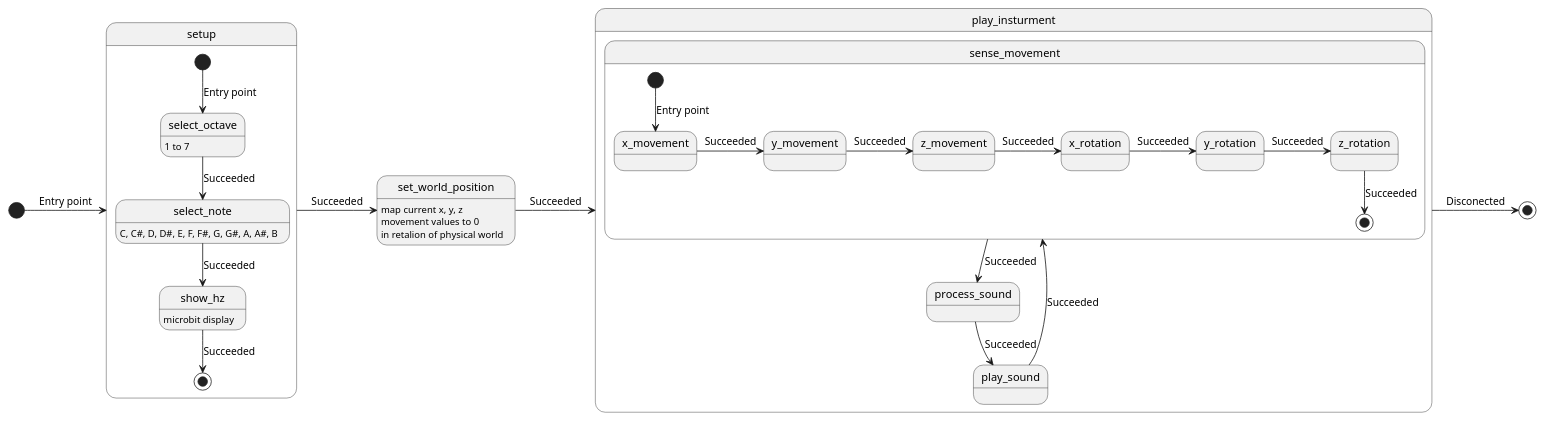
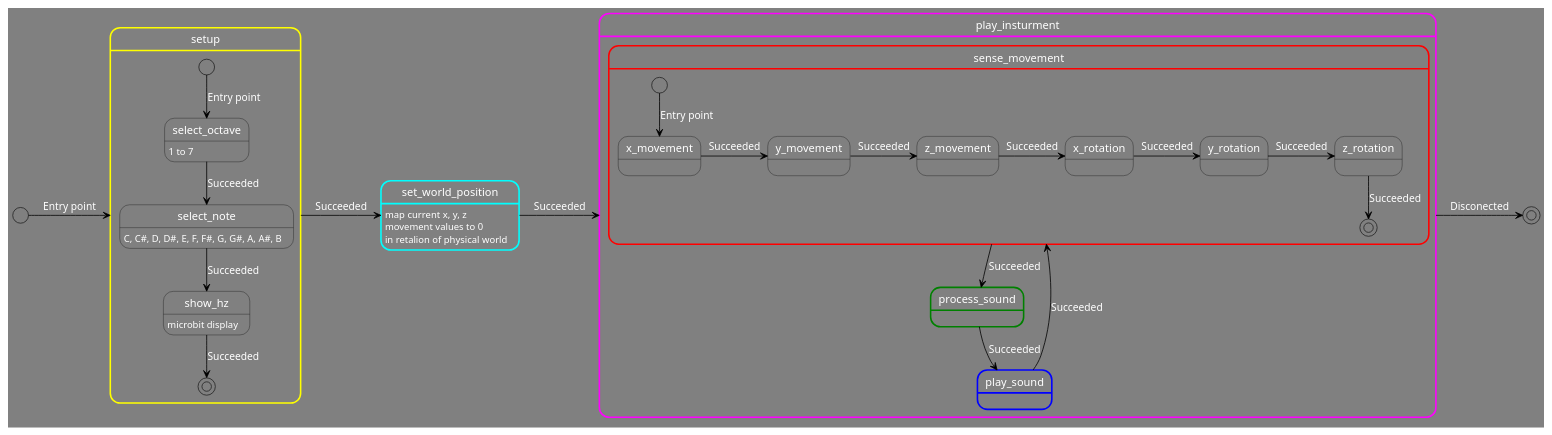
Before and after one commit to jfUPB/bitacorassfi12024-10-LemurWater: the diagram in Unidad3/state_machine.puml, drawn with PlantUML.

```diff
--- a/Unidad3/state_machine.puml
+++ b/Unidad3/state_machine.puml
@@ -1,45 +1,69 @@
 @startuml
 
 scale 1920 width
 
+<style>
+stateDiagram {
+  BackgroundColor grey
+  'LineColor white
+  FontName Impact
+  FontColor white
+  arrow {
+    FontSize 13
+    LineColor black
+  }
+}
+</style>
+
+
+
 [*] -> setup : Entry point
 
-state setup {
+state setup ##[bold]yellow {
  [*] --> select_octave : Entry point
  select_octave: 1 to 7
  select_octave --> select_note : Succeeded
  select_note: C, C#, D, D#, E, F, F#, G, G#, A, A#, B
  select_note --> show_hz : Succeeded
  show_hz: microbit display
  show_hz --> [*] : Succeeded
 }
 setup -> set_world_position : Succeeded
 
 
-state set_world_position {
+state set_world_position ##[bold]cyan {
  set_world_position: map current x, y, z
  set_world_position: movement values to 0
  set_world_position: in retalion of physical world
 }
 set_world_position -> play_insturment : Succeeded
 
 
 
-state play_insturment {
- state sense_movement {
+state play_insturment ##[bold]magenta {
+ state sense_movement ##[bold]red {
   [*] --> x_movement : Entry point
   x_movement -> y_movement: Succeeded
   y_movement -> z_movement: Succeeded
   z_movement -> x_rotation: Succeeded
   x_rotation -> y_rotation: Succeeded
   y_rotation -> z_rotation: Succeeded
   z_rotation --> [*]: Succeeded
  }
  sense_movement --> process_sound : Succeeded
+ 
+
+state process_sound ##[bold]green {
+ }
  process_sound --> play_sound : Succeeded
+ 
+
+
+state play_sound ##[bold]blue {
+ }
  play_sound --> sense_movement: Succeeded
 }
 
 play_insturment -> [*] : Disconected
 
 @enduml
```
